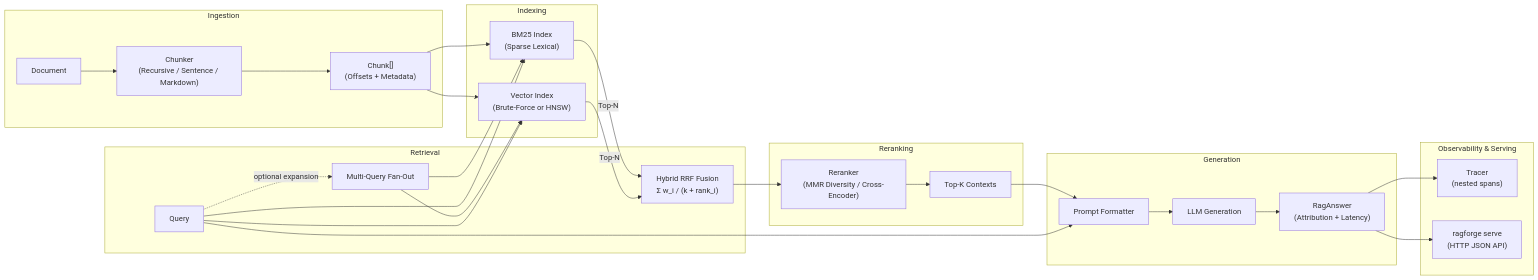
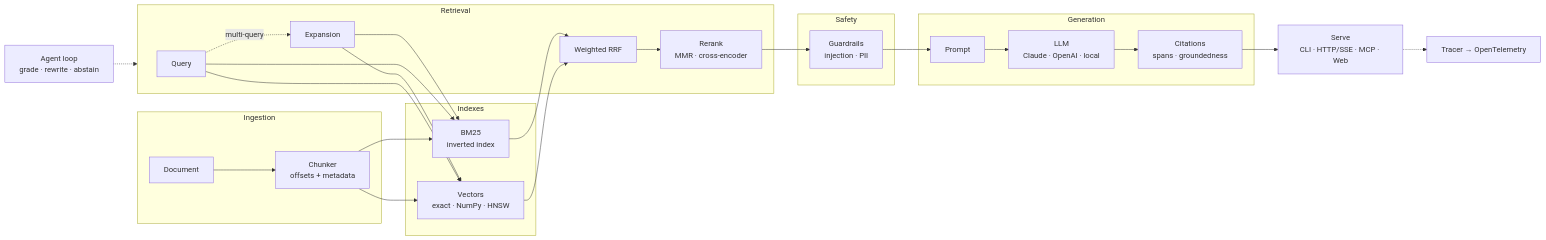
Before and after one commit to fragompul/ragforge: the diagram in README.md, drawn with Mermaid. The commit also changed other lines of this file and 3 other files, not shown here.

````diff
--- a/README.md
+++ b/README.md
@@ -43,39 +220,28 @@
 ```mermaid
 flowchart LR
-    subgraph Ingestion
-        Doc["Document"] --> Chunker["Chunker\n(Recursive / Sentence / Markdown)"]
-        Chunker --> Chunks["Chunk[]\n(Offsets + Metadata)"]
+    subgraph Ingest["Ingestion"]
+        D[Document] --> C["Chunker<br/>offsets + metadata"]
     end
-
-    subgraph Indexing
-        Chunks --> BM25["BM25 Index\n(Sparse Lexical)"]
-        Chunks --> Vector["Vector Index\n(Brute-Force or HNSW)"]
+    subgraph Index["Indexes"]
+        C --> B["BM25<br/>inverted index"]
+        C --> V["Vectors<br/>exact · NumPy · HNSW"]
     end
-
-    subgraph Retrieval
-        Query["Query"] -.->|optional expansion| MultiQ["Multi-Query Fan-Out"]
-        MultiQ --> BM25
-        MultiQ --> Vector
-        Query --> BM25
-        Query --> Vector
-        BM25 -->|Top-N| Hybrid["Hybrid RRF Fusion\nΣ w_i / (k + rank_i)"]
-        Vector -->|Top-N| Hybrid
+    subgraph Retrieve["Retrieval"]
+        Q[Query] -.->|multi-query| MQ[Expansion]
+        MQ --> B & V
+        Q --> B & V
+        B --> F["Weighted RRF"]
+        V --> F
+        F --> R["Rerank<br/>MMR · cross-encoder"]
     end
-
-    subgraph Reranking
-        Hybrid --> Rerank["Reranker\n(MMR Diversity / Cross-Encoder)"]
-        Rerank --> TopK["Top-K Contexts"]
+    subgraph Safe["Safety"]
+        R --> G["Guardrails<br/>injection · PII"]
     end
-
-    subgraph Generation
-        TopK --> Prompt["Prompt Formatter"]
-        Query --> Prompt
-        Prompt --> LLM["LLM Generation"]
-        LLM --> Answer["RagAnswer\n(Attribution + Latency)"]
+    subgraph Gen["Generation"]
+        G --> P[Prompt] --> L["LLM<br/>Claude · OpenAI · local"]
+        L --> CI["Citations<br/>spans · groundedness"]
     end
-
-    subgraph Serving["Observability & Serving"]
-        Answer --> Tracer["Tracer\n(nested spans)"]
-        Answer --> HTTP["ragforge serve\n(HTTP JSON API)"]
-    end
+    A["Agent loop<br/>grade · rewrite · abstain"] -.-> Retrieve
+    CI --> S["Serve<br/>CLI · HTTP/SSE · MCP · Web"]
+    S -.-> T["Tracer → OpenTelemetry"]
 ```
````
